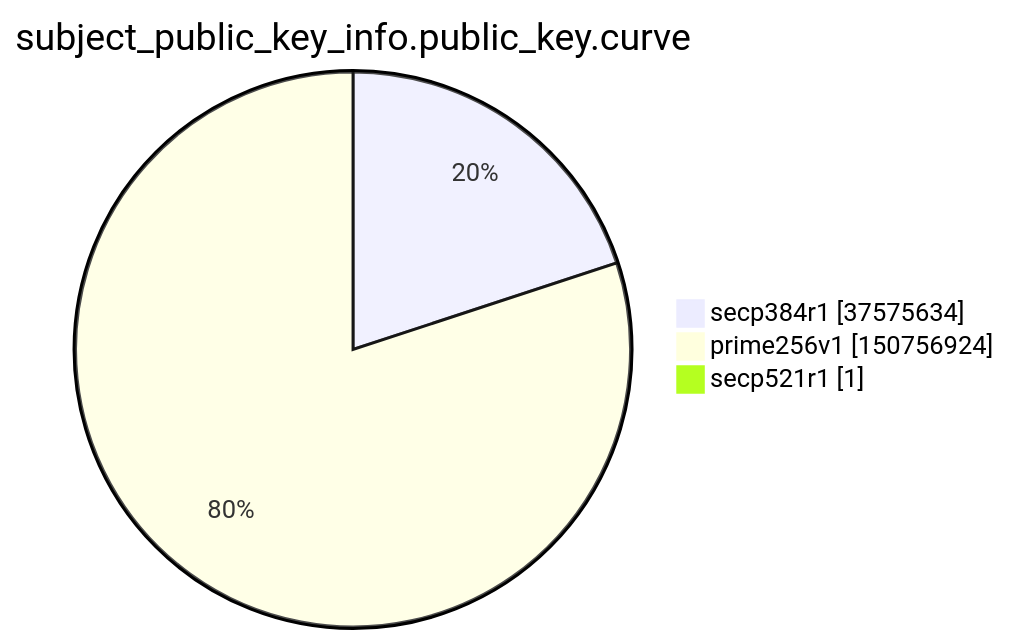
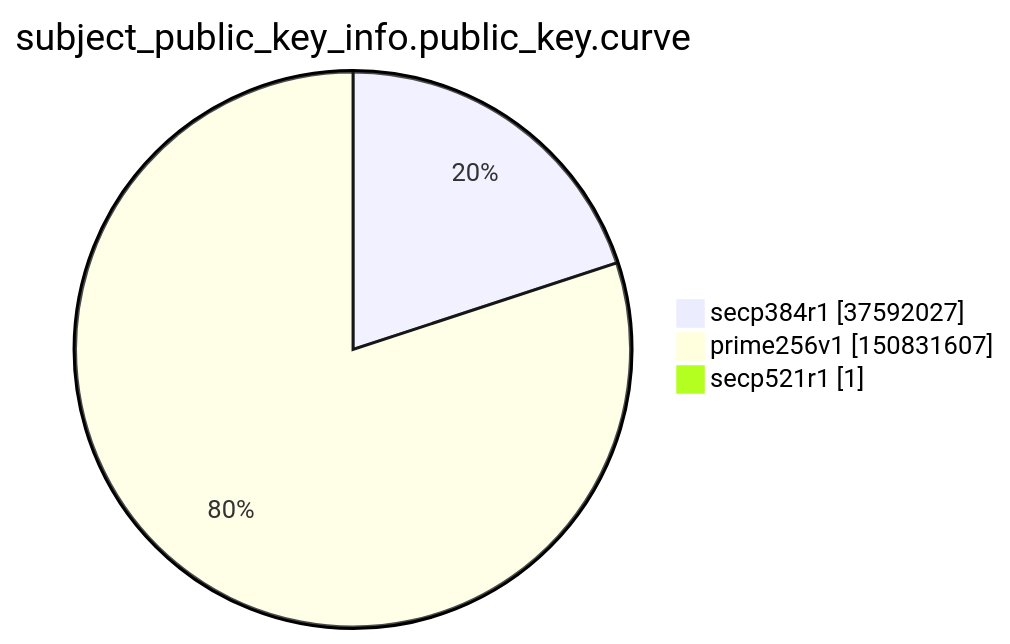
One commit to christiankrug/ctmonitor_visualization changed the ninth of 15 diagrams in xenon2022/README.md. Above: the diagram before and after it, drawn with Mermaid. The commit also changed other lines of this file, not shown here.

````diff
--- a/xenon2022/README.md
+++ b/xenon2022/README.md
@@ -2858,7 +2858,7 @@
 ```mermaid
 pie showData
 title subject_public_key_info.public_key.curve
-"secp384r1" :37575634
-"prime256v1" :150756924
+"secp384r1" :37592027
+"prime256v1" :150831607
 "secp521r1" :1
 ```
````
